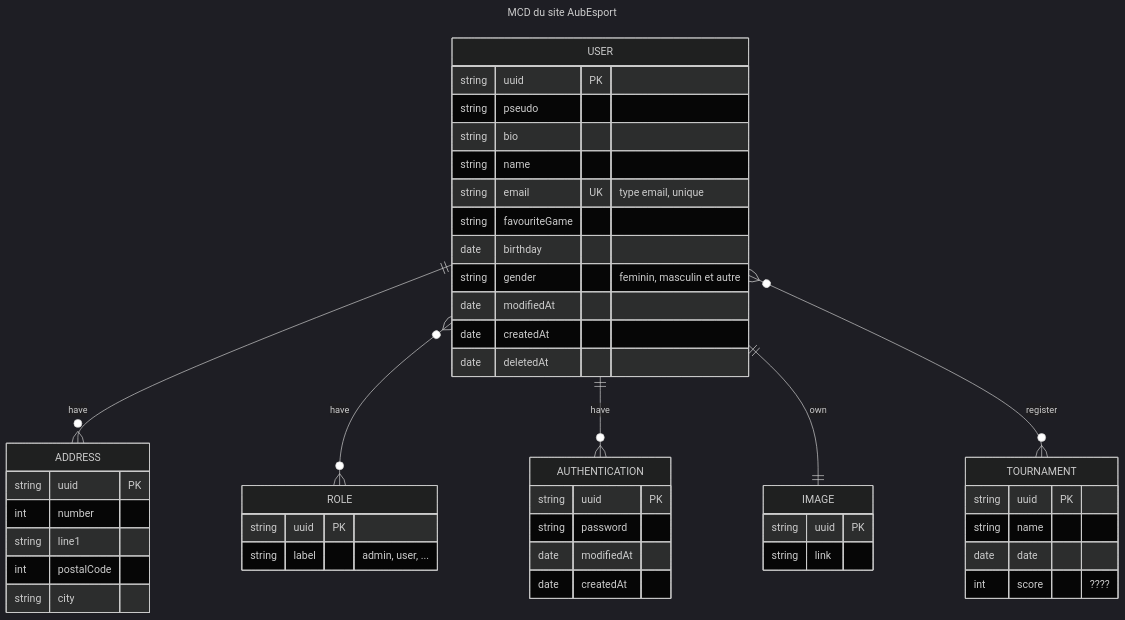
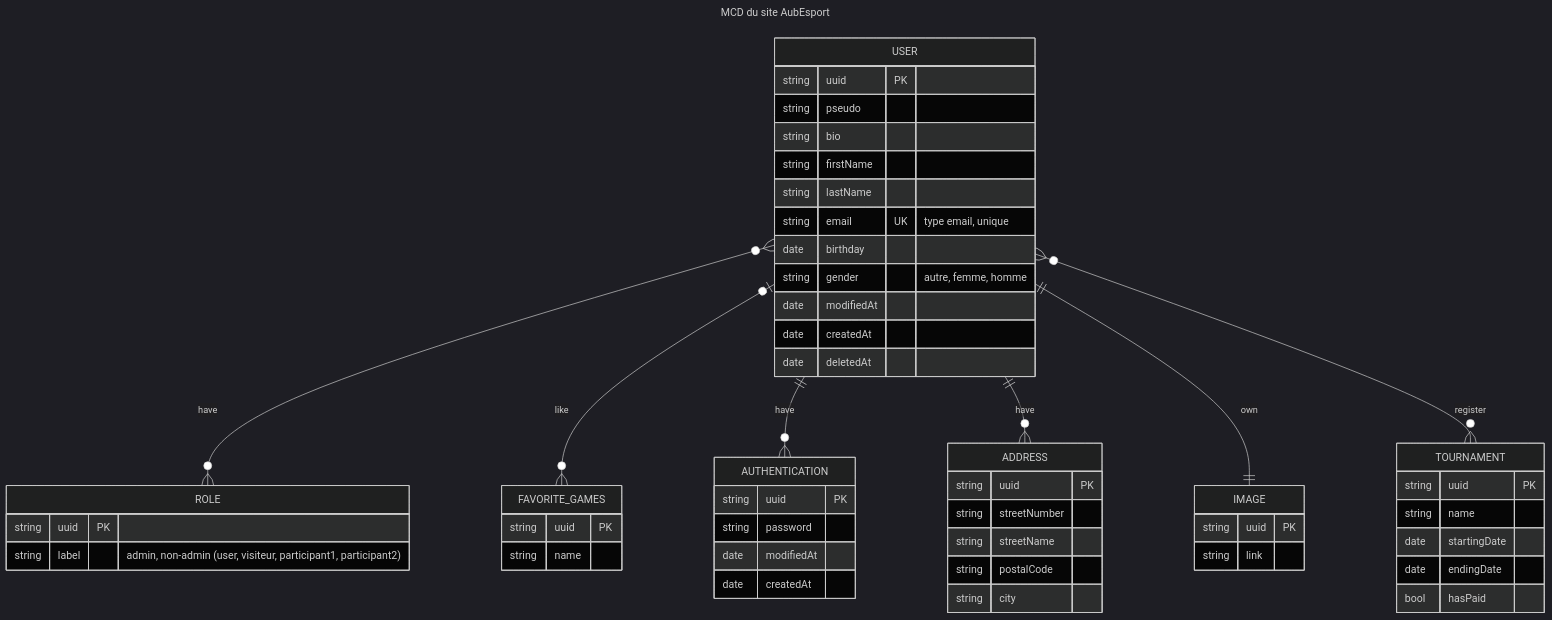
Before and after one commit to HueKhuc/Aubesport: the diagram in MCD.md, drawn with Mermaid (dark theme). The commit also changed 16 other files, not shown here.

````diff
--- a/MCD.md
+++ b/MCD.md
@@ -1,63 +1,67 @@
 ```mermaid
 ---
 title: MCD du site AubEsport
 ---
 erDiagram
-    USER ||--o{ ADDRESS : have
-    
-    USER }o--o{ ROLE : have
-
-    ROLE {
-        string uuid PK
-        string label "admin, user, ..."
-    }
-
     USER {
         string uuid PK
         string pseudo
         string bio
-        string name
+        string firstName
+        string lastName
         string email UK "type email, unique"
-        string favouriteGame
         date birthday
-        string gender "feminin, masculin et autre"
+        string gender "autre, femme, homme"
         date modifiedAt
         date createdAt
         date deletedAt
+    }
+
+    USER }o--o{ ROLE : have
+    ROLE {
+        string uuid PK
+        string label "admin, non-admin (user, visiteur, participant1, participant2)"
+    }
+
+
+    USER |o--o{ FAVORITE_GAMES : like
+    FAVORITE_GAMES {
+        string uuid PK
+        string name
     }
     
     USER ||--o{ AUTHENTICATION : have
     AUTHENTICATION {
         string uuid PK
         string password
         date modifiedAt
         date createdAt
     }
 
+    USER ||--o{ ADDRESS : have
+    
     ADDRESS {
         string uuid PK
-        int number
-        string line1
-        int postalCode
+        string streetNumber
+        string streetName
+        string postalCode
         string city
     }
 
     USER ||--|| IMAGE : own
     IMAGE {
         string uuid PK
         string link
     }
 
 
     USER }o--o{ TOURNAMENT : register
     TOURNAMENT {
         string uuid PK
         string name
-        date date
-        int score "????"
+        date startingDate
+        date endingDate
+        bool hasPaid   
     }
 
-
-
-    
 ```
````
